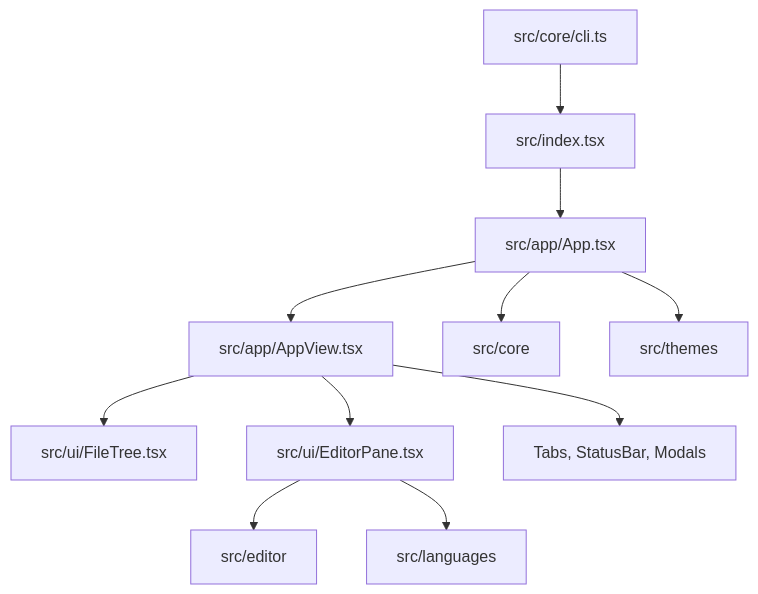
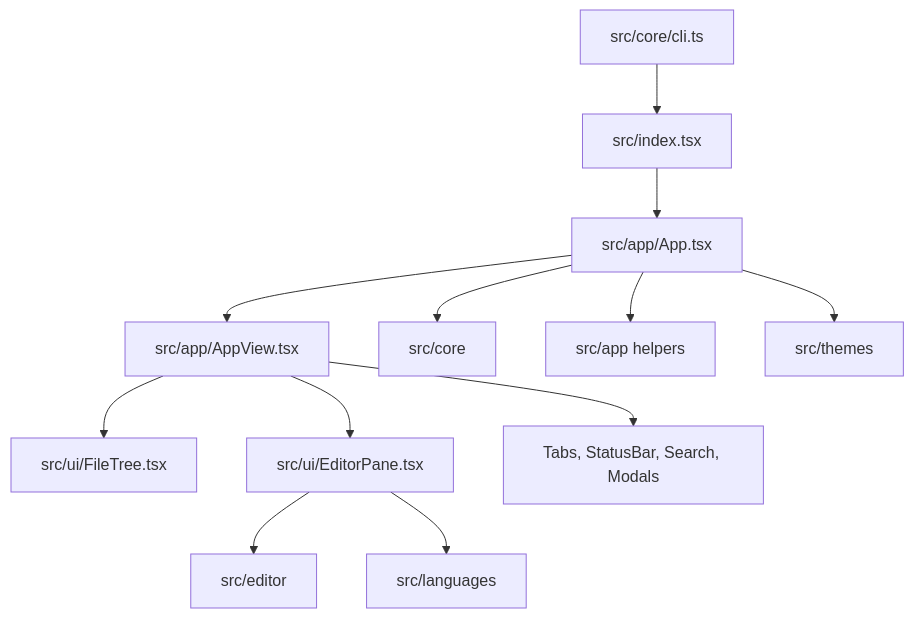
The first of 8 diagrams in docs/architecture.md (dotbrains/dune), drawn with Mermaid before and after one commit. The commit also changed other lines of this file and 4 other files, not shown here.

````diff
--- a/docs/architecture.md
+++ b/docs/architecture.md
@@ -7,13 +9,14 @@
 ```mermaid
 flowchart TD
   CLI[src/core/cli.ts] --> Entry[src/index.tsx]
   Entry --> App[src/app/App.tsx]
   App --> View[src/app/AppView.tsx]
   View --> Tree[src/ui/FileTree.tsx]
   View --> Editor[src/ui/EditorPane.tsx]
-  View --> Chrome[Tabs, StatusBar, Modals]
+  View --> Chrome[Tabs, StatusBar, Search, Modals]
   App --> Core[src/core]
+  App --> AppHelpers[src/app helpers]
   Editor --> EditorLogic[src/editor]
   Editor --> Languages[src/languages]
   App --> Themes[src/themes]
 ```
````
